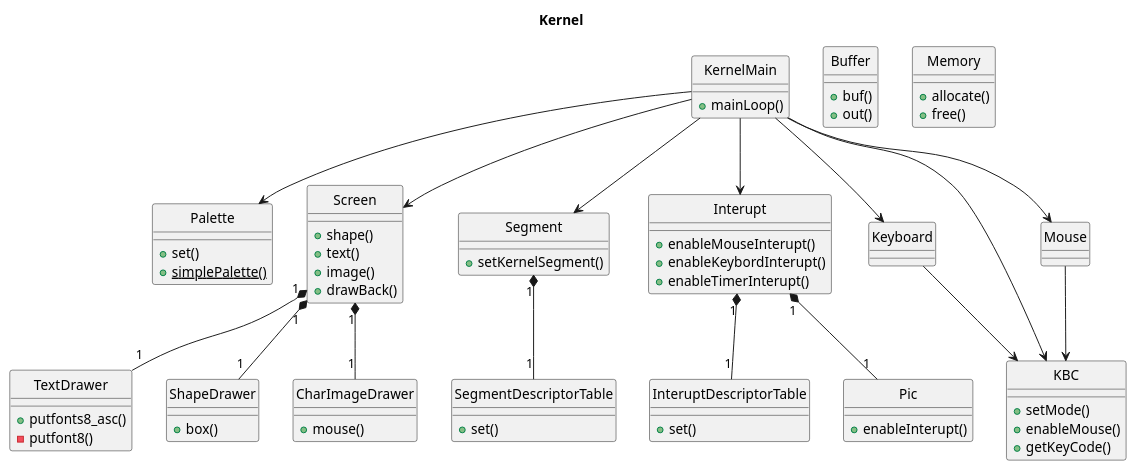
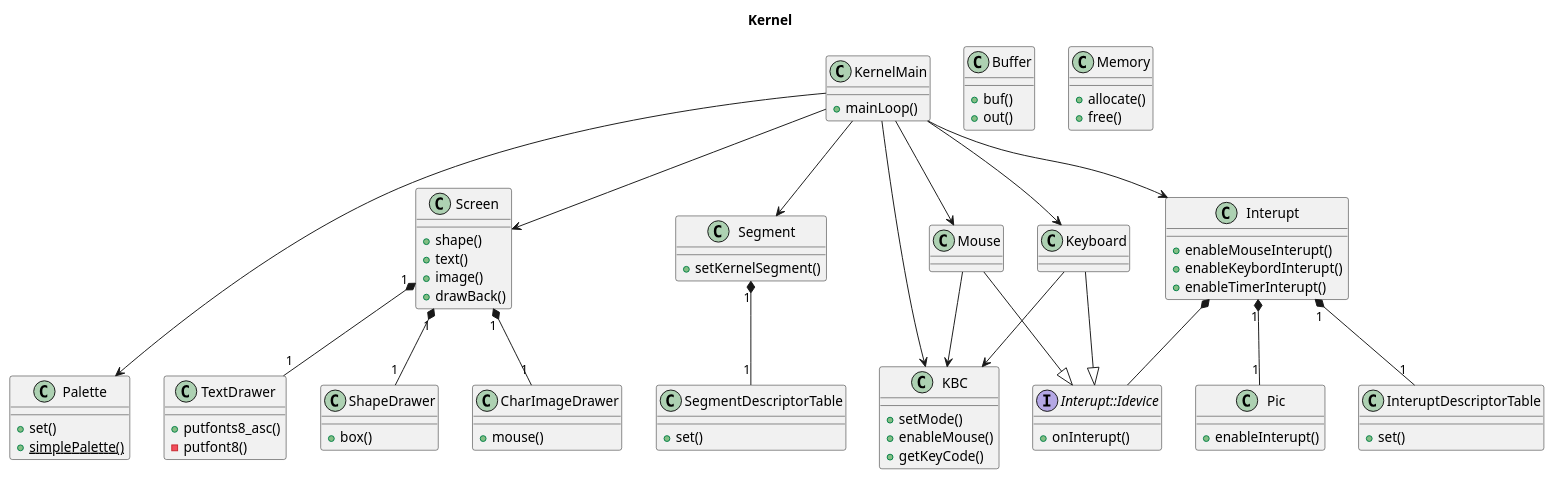
Before and after one commit to takowasaby/kaOS: the diagram in doc/diagrams/src/overview.wsd, drawn with PlantUML. The commit also changed 8 other files, not shown here.

```diff
--- a/doc/diagrams/src/overview.wsd
+++ b/doc/diagrams/src/overview.wsd
@@ -1,98 +1,103 @@
 @startuml
 
 title Kernel
-
-hide circle
 
 class KernelMain {
     +mainLoop()
 }
 
 class Buffer {
     +buf()
     +out()
 }
 
 class Memory {
     +allocate()
     +free()
 }
 
 class Palette {
     +set()
     {static}+simplePalette()
 }
 
 class Screen {
     +shape()
     +text()
     +image()
     +drawBack()
 }
 
 class TextDrawer {
     +putfonts8_asc()
     -putfont8()
 }
 
 class ShapeDrawer {
     +box()
 }
 
 class CharImageDrawer {
     +mouse()
 }
 
 class Segment {
     +setKernelSegment()
 }
 
 class SegmentDescriptorTable {
     +set()
 }
 
 class Interupt {
     +enableMouseInterupt()
     +enableKeybordInterupt()
     +enableTimerInterupt()
 }
 
+interface Interupt::Idevice {
+    +onInterupt()
+}
+
 class InteruptDescriptorTable {
     +set()
 }
 
 class Pic {
     +enableInterupt()
 }
 
 class Keyboard {
     
 }
 
 class KBC {
     +setMode()
     +enableMouse()
     +getKeyCode()
 }
 
 class Mouse {
 
 }
 
 KernelMain --> Screen
-KernelMain --> Palette
+KernelMain ---> Palette
 KernelMain --> Segment
 KernelMain --> Interupt
 KernelMain --> Keyboard
 KernelMain --> Mouse
 KernelMain --> KBC
 Mouse --> KBC
 Keyboard --> KBC
+Mouse --|> Interupt::Idevice  
+Keyboard --|> Interupt::Idevice
+Interupt *-- Interupt::Idevice
 Screen "1" *-- "1" TextDrawer
 Screen "1" *-- "1" ShapeDrawer
 Screen "1" *-- "1" CharImageDrawer
 Interupt "1" *-- "1" Pic
 Segment "1" *-- "1" SegmentDescriptorTable
 Interupt "1" *-- "1" InteruptDescriptorTable
 
 @enduml
```
